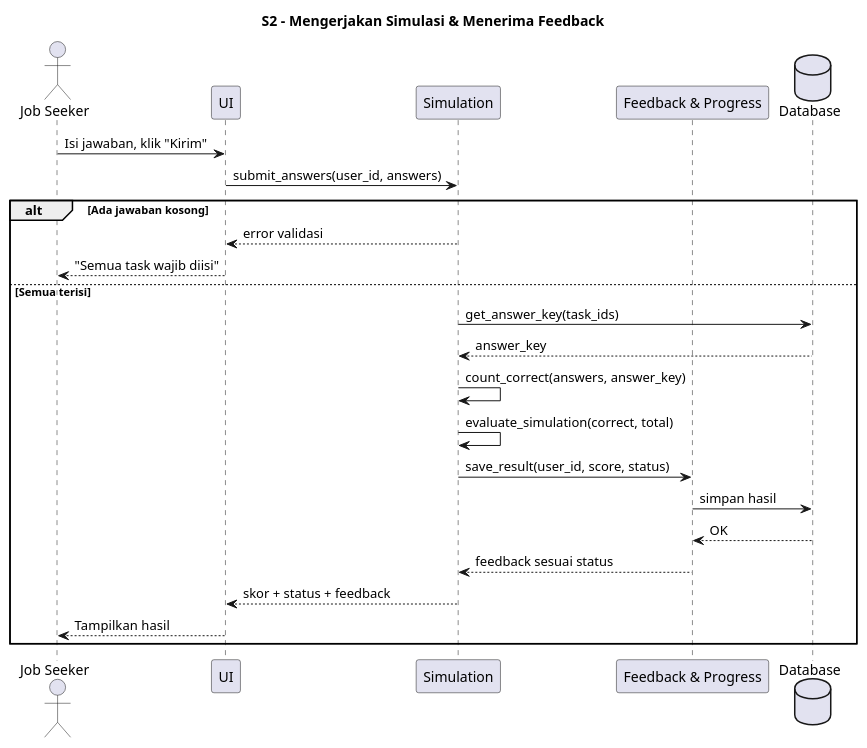
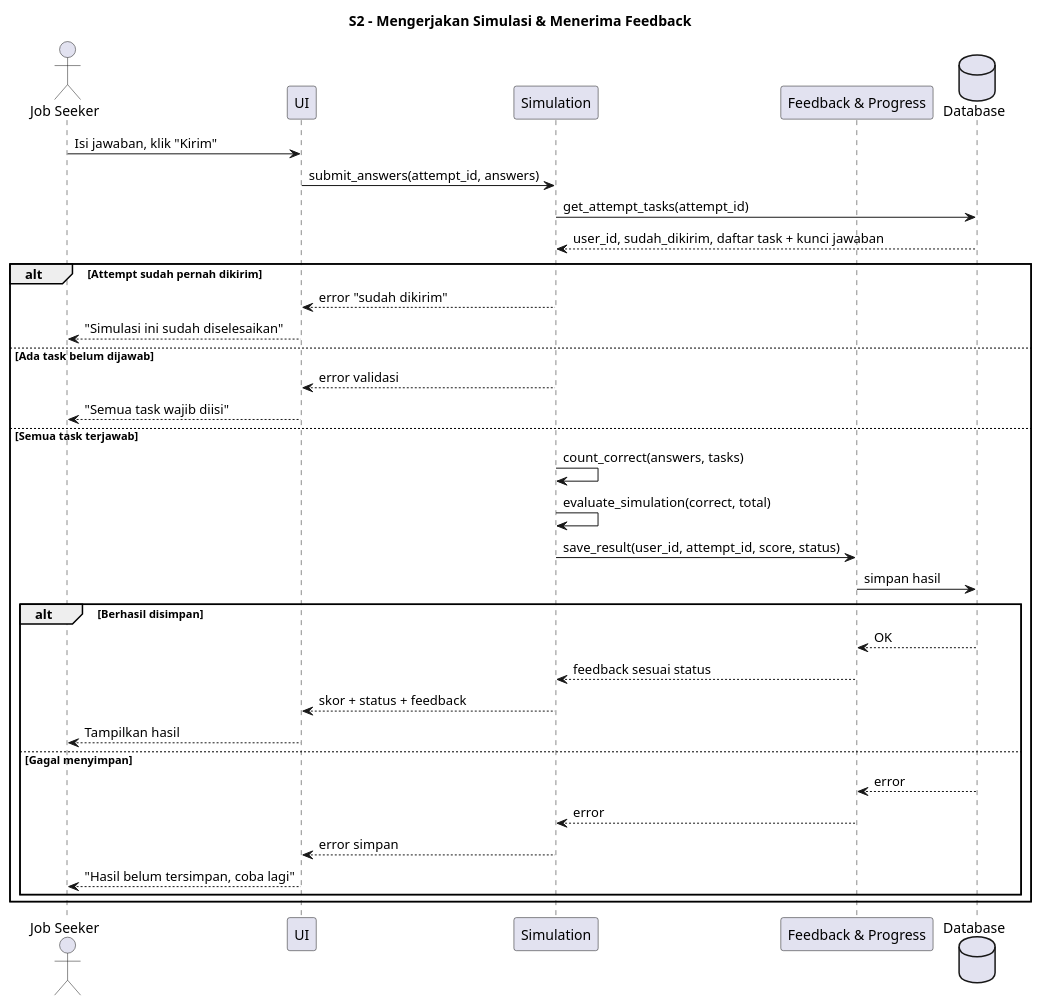
Before and after one commit to AZZAMAF/Belajar.id_UAS_SDF: the diagram in diagrams/sequence1_kuis.puml, drawn with PlantUML.

Commit message:
Update sequence diagram for simulation feedback process

```diff
--- a/diagrams/sequence1_kuis.puml
+++ b/diagrams/sequence1_kuis.puml
@@ -2,28 +2,38 @@
 @startuml
 title S2 - Mengerjakan Simulasi & Menerima Feedback
 
 actor "Job Seeker" as U
 participant "UI" as UI
 participant "Simulation" as SIM
 participant "Feedback & Progress" as FP
 database "Database" as DB
 
 U -> UI: Isi jawaban, klik "Kirim"
-UI -> SIM: submit_answers(user_id, answers)
+UI -> SIM: submit_answers(attempt_id, answers)
+SIM -> DB: get_attempt_tasks(attempt_id)
+DB --> SIM: user_id, sudah_dikirim, daftar task + kunci jawaban
 
-alt Ada jawaban kosong
+alt Attempt sudah pernah dikirim
+  SIM --> UI: error "sudah dikirim"
+  UI --> U: "Simulasi ini sudah diselesaikan"
+else Ada task belum dijawab
   SIM --> UI: error validasi
   UI --> U: "Semua task wajib diisi"
-else Semua terisi
-  SIM -> DB: get_answer_key(task_ids)
-  DB --> SIM: answer_key
-  SIM -> SIM: count_correct(answers, answer_key)
+else Semua task terjawab
+  SIM -> SIM: count_correct(answers, tasks)
   SIM -> SIM: evaluate_simulation(correct, total)
-  SIM -> FP: save_result(user_id, score, status)
+  SIM -> FP: save_result(user_id, attempt_id, score, status)
   FP -> DB: simpan hasil
-  DB --> FP: OK
-  FP --> SIM: feedback sesuai status
-  SIM --> UI: skor + status + feedback
-  UI --> U: Tampilkan hasil
+  alt Berhasil disimpan
+    DB --> FP: OK
+    FP --> SIM: feedback sesuai status
+    SIM --> UI: skor + status + feedback
+    UI --> U: Tampilkan hasil
+  else Gagal menyimpan
+    DB --> FP: error
+    FP --> SIM: error
+    SIM --> UI: error simpan
+    UI --> U: "Hasil belum tersimpan, coba lagi"
+  end
 end
 @enduml
```
